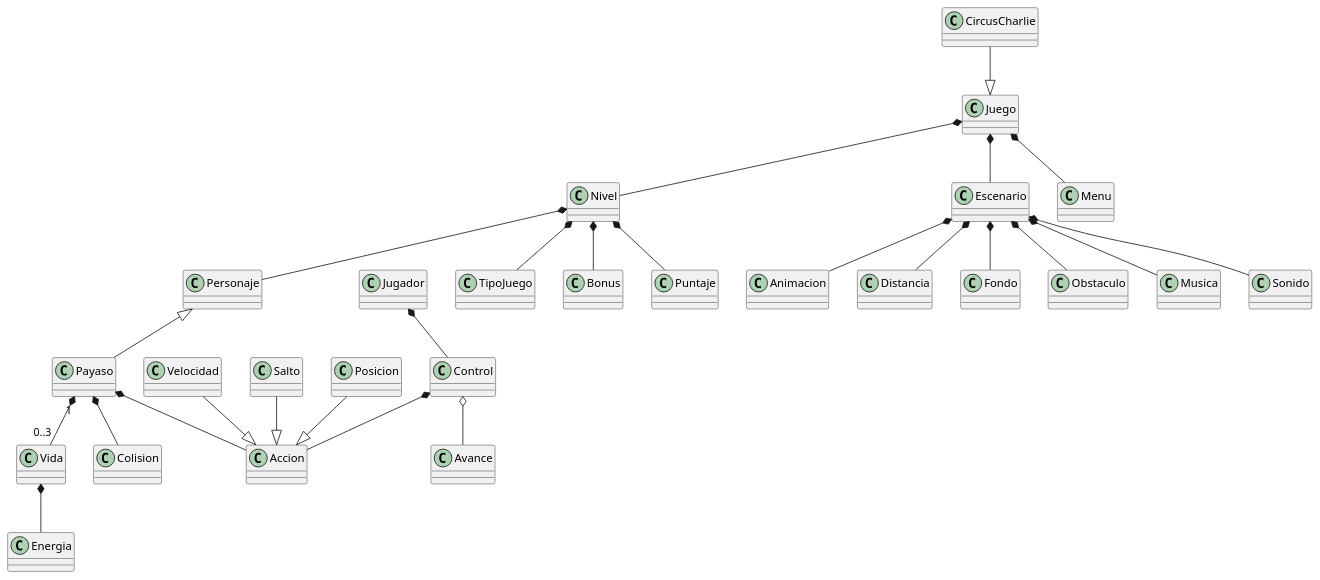
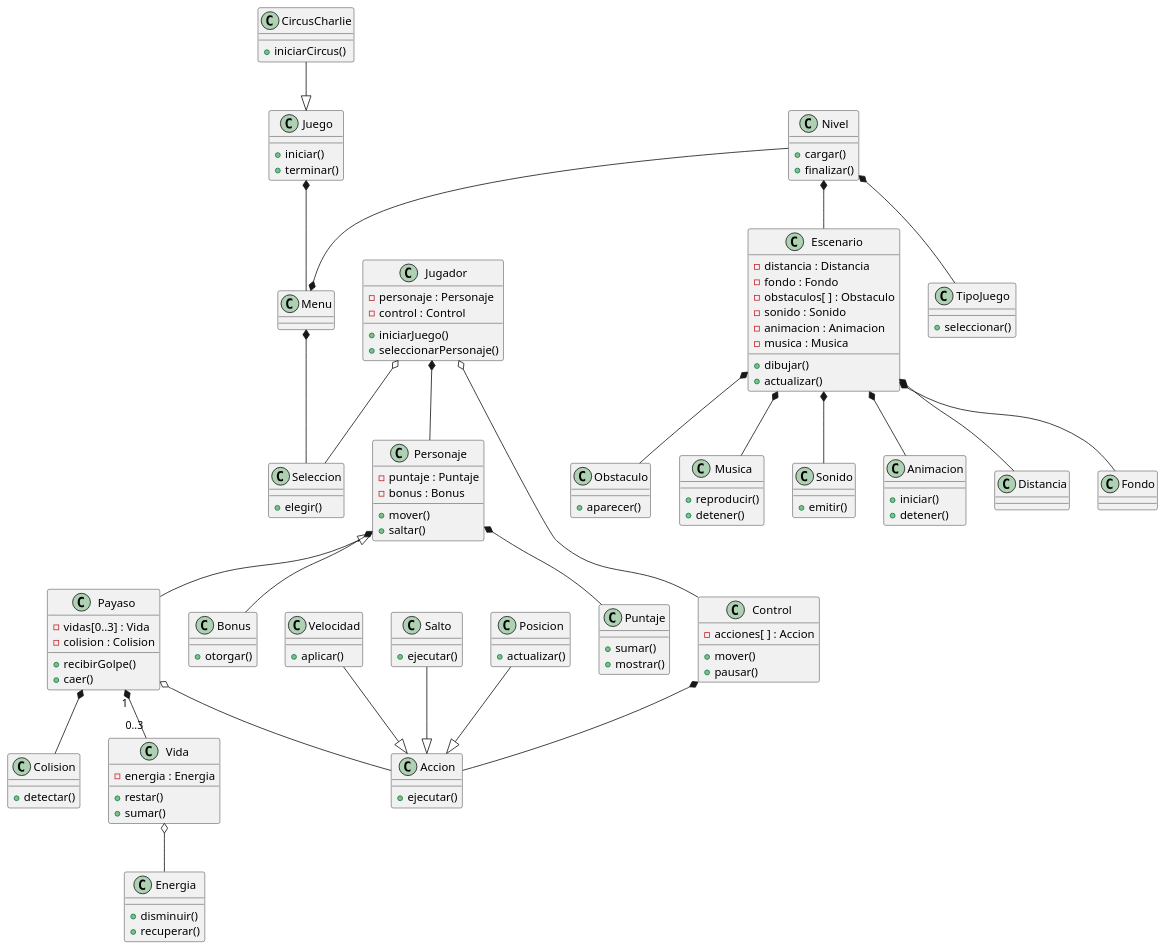
One commit to Andreyessss/3G-252 changed the diagram in diagrama.puml. Above: the diagram before and after it, drawn with PlantUML.

```diff
--- a/diagrama.puml
+++ b/diagrama.puml
@@ -1,53 +1,151 @@
 @startuml
-class Juego
-class Nivel
-class Personaje
-class Payaso
-class Vida
-class Animacion
-class Escenario
+class Juego {
+  +iniciar()
+  +terminar()
+}
+
+class Nivel {
+  +cargar()
+  +finalizar()
+}
+
+class Personaje {
+  -puntaje : Puntaje
+  -bonus : Bonus
+  +mover()
+  +saltar()
+}
+
+class Payaso {
+  -vidas[0..3] : Vida
+  -colision : Colision
+  +recibirGolpe()
+  +caer()
+}
+
+class Vida {
+  -energia : Energia
+  +restar()
+  +sumar()
+}
+
+class Animacion {
+  +iniciar()
+  +detener()
+}
+
+class Escenario {
+  -distancia : Distancia
+  -fondo : Fondo
+  -obstaculos[ ] : Obstaculo
+  -sonido : Sonido
+  -animacion : Animacion
+  -musica : Musica
+  +dibujar()
+  +actualizar()
+}
+
 class Distancia
+
 class Fondo
-class Obstaculo
-class Musica
-class Sonido
-class TipoJuego
-class Bonus
-class Puntaje
-class Control
-class Accion
-class Avance
-class Jugador
-class Velocidad
-class Salto
-class Posicion
-class Energia
-class Colision
-class CircusCharlie
-class Menu
+
+class Obstaculo {
+  +aparecer()
+}
+
+class Musica {
+  +reproducir()
+  +detener()
+}
+
+class Sonido {
+  +emitir()
+}
+
+class TipoJuego {
+  +seleccionar()
+}
+
+class Bonus {
+  +otorgar()
+}
+
+class Puntaje {
+  +sumar()
+  +mostrar()
+}
+
+class Control {
+  -acciones[ ] : Accion
+  +mover()
+  +pausar()
+}
+
+class Accion {
+  +ejecutar()
+}
+
+class Jugador {
+  -personaje : Personaje
+  -control : Control
+  +iniciarJuego()
+  +seleccionarPersonaje()
+}
+
+class Velocidad {
+  +aplicar()
+}
+
+class Salto {
+  +ejecutar()
+}
+
+class Posicion {
+  +actualizar()
+}
+
+class Energia {
+  +disminuir()
+  +recuperar()
+}
+
+class Colision {
+  +detectar()
+}
+
+class CircusCharlie {
+  +iniciarCircus()
+}
+
+class Seleccion {
+  +elegir()
+}
+
+' Relaciones
 CircusCharlie --|> Juego
-Juego *-- Nivel
 Juego *-- Menu
-Juego *-- Escenario
+Nivel --* Menu
+Jugador o-- Seleccion
+Nivel *-- Escenario
+Menu *-- Seleccion
 Escenario *-- Musica
 Escenario *-- Distancia
 Escenario *-- Fondo
 Escenario *-- Obstaculo
 Escenario *-- Sonido
 Escenario *-- Animacion
 Nivel *-- TipoJuego
-Nivel *-- Puntaje
-Nivel *-- Bonus
-Nivel *-- Personaje
+Personaje *-- Puntaje
+Personaje *-- Bonus
+Jugador *-- Personaje
 Personaje <|-- Payaso
-Jugador *-- Control
+Jugador o-- Control
 Control *-- Accion
-Control o-- Avance
-Payaso *-- Accion
-Payaso "1" *-- "0..3" Vida
-Payaso *-- Colision
+Payaso o-- Accion
 Velocidad --|> Accion
 Salto --|> Accion
 Posicion --|> Accion
-Vida *-- Energia
+Vida o-- Energia
+Payaso *-- Colision
+Payaso "1" *-- "0..3" Vida
 @enduml
```
